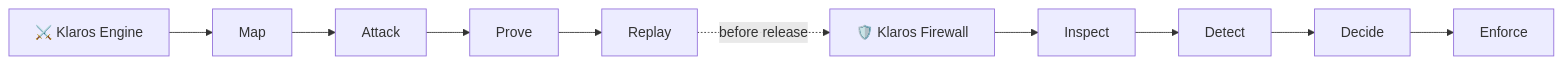
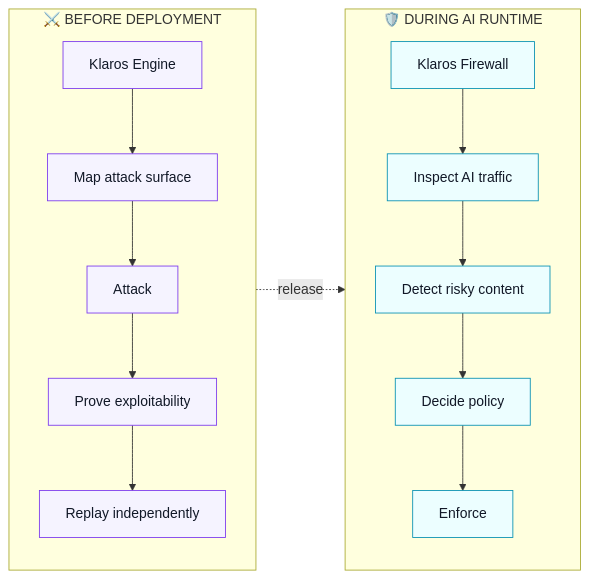
The diagram in profile/README.md (GetKlaros/.github), drawn with Mermaid before and after one commit.

Commit message:
docs: improve product lifecycle diagram

````diff
--- a/profile/README.md
+++ b/profile/README.md
@@ -88,14 +88,29 @@
 ```mermaid
 flowchart LR
-  A["⚔️ Klaros Engine"] --> A1["Map"]
-  A1 --> A2["Attack"]
-  A2 --> A3["Prove"]
-  A3 --> A4["Replay"]
+  subgraph PRE["⚔️ BEFORE DEPLOYMENT"]
+    direction TB
+    E0["Klaros Engine"]
+    E1["Map attack surface"]
+    E2["Attack"]
+    E3["Prove exploitability"]
+    E4["Replay independently"]
+    E0 --> E1 --> E2 --> E3 --> E4
+  end
 
-  B["🛡️ Klaros Firewall"] --> B1["Inspect"]
-  B1 --> B2["Detect"]
-  B2 --> B3["Decide"]
-  B3 --> B4["Enforce"]
+  subgraph RUN["🛡️ DURING AI RUNTIME"]
+    direction TB
+    F0["Klaros Firewall"]
+    F1["Inspect AI traffic"]
+    F2["Detect risky content"]
+    F3["Decide policy"]
+    F4["Enforce"]
+    F0 --> F1 --> F2 --> F3 --> F4
+  end
 
-  A4 -. "before release" .-> B
+  E4 -. "release" .-> F0
+
+  classDef engine fill:#f5f3ff,stroke:#7c3aed,color:#111827;
+  classDef firewall fill:#ecfeff,stroke:#0891b2,color:#111827;
+  class E0,E1,E2,E3,E4 engine;
+  class F0,F1,F2,F3,F4 firewall;
 ```
````
